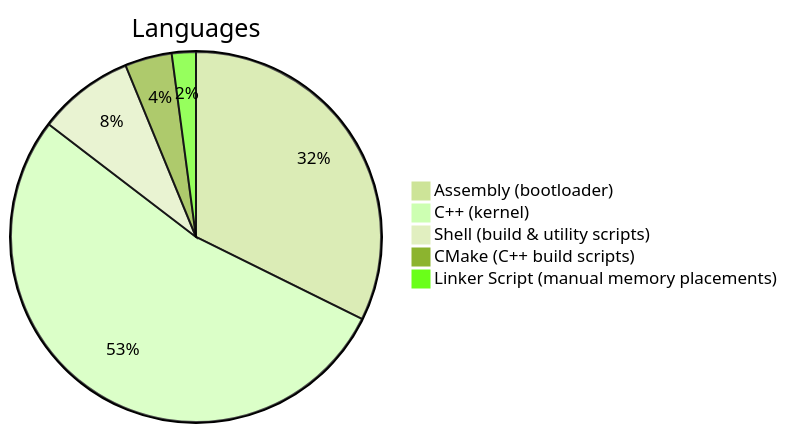
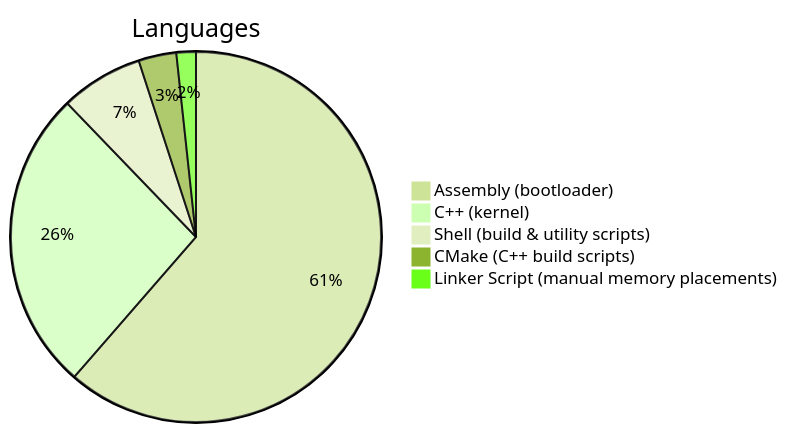
One commit to alx-m24/Lexvi changed the diagram in README.md. Above: the diagram before and after it, drawn with Mermaid (forest theme).

Commit message:
Revise language statistics in README
Updated language usage statistics in README.

````diff
--- a/README.md
+++ b/README.md
@@ -11,8 +11,8 @@
 ```mermaid
 pie title Languages
-    "Assembly (bootloader)" : 32.3
-    "C++ (kernel)" : 53.1
-    "Shell (build & utility scripts)" : 8.4
-    "CMake (C++ build scripts)" : 4.1
-    "Linker Script (manual memory placements)" : 2.1
+    "Assembly (bootloader)" : 61.4
+    "C++ (kernel)" : 26.4
+    "Shell (build & utility scripts)" : 7.2
+    "CMake (C++ build scripts)" : 3.3
+    "Linker Script (manual memory placements)" : 1.7
 ```
````
